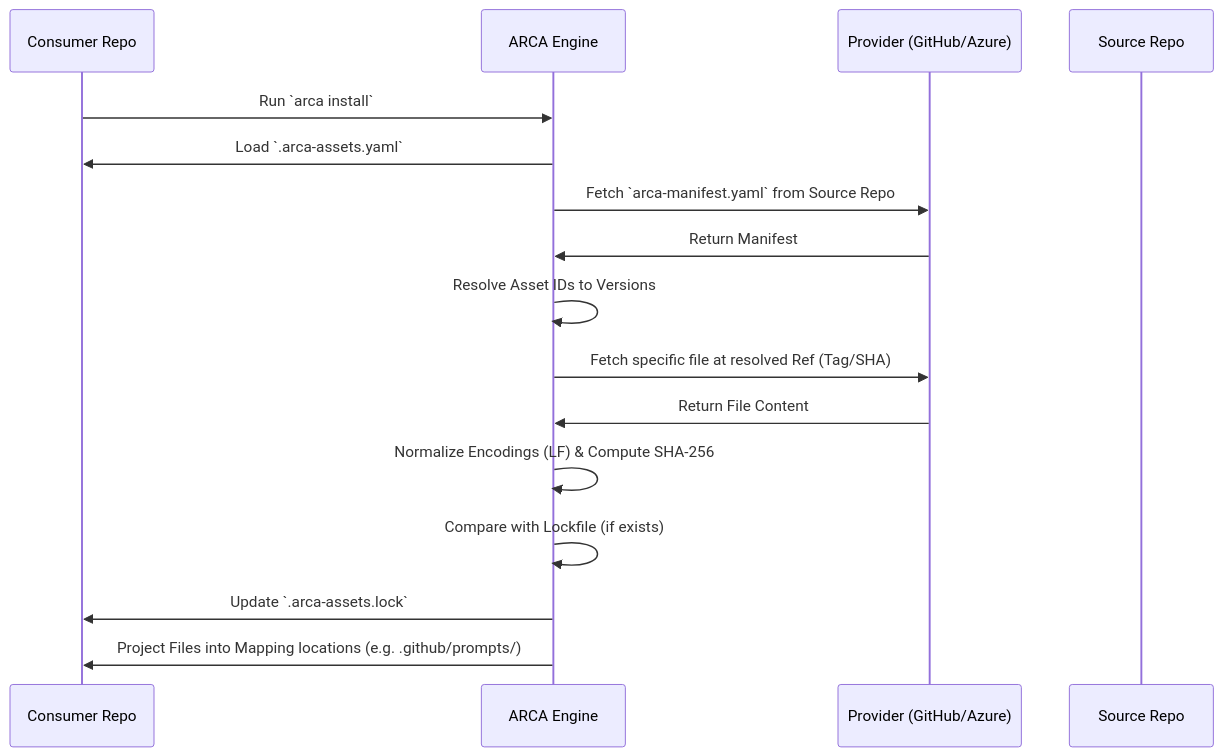
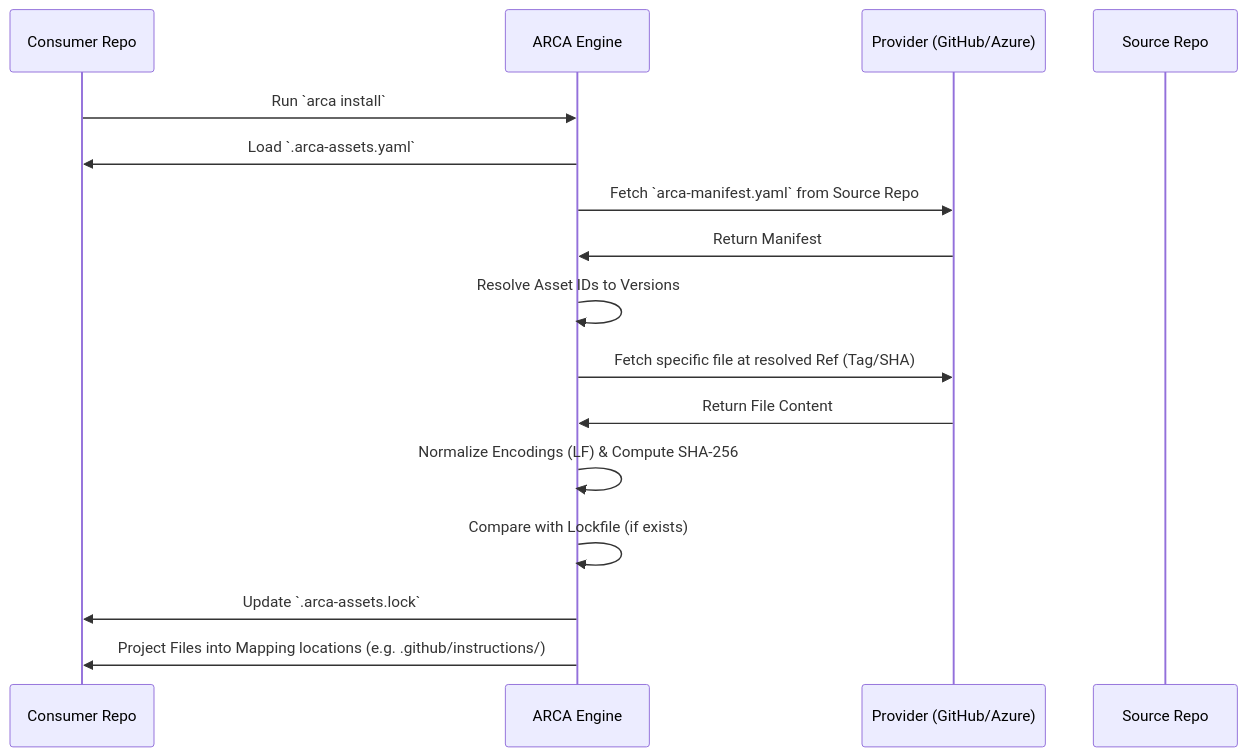
One commit to adryledo/arca-vscode changed the diagram in protocol_v1.md. Above: the diagram before and after it, drawn with Mermaid. The commit also changed other lines of this file and 6 other files, not shown here.

````diff
--- a/protocol_v1.md
+++ b/protocol_v1.md
@@ -83,19 +83,19 @@
 ```mermaid
 sequenceDiagram
     participant C as Consumer Repo
     participant E as ARCA Engine
     participant P as Provider (GitHub/Azure)
     participant S as Source Repo
 
     C->>E: Run `arca install`
     E->>C: Load `.arca-assets.yaml`
     E->>P: Fetch `arca-manifest.yaml` from Source Repo
     P->>E: Return Manifest
     E->>E: Resolve Asset IDs to Versions
     E->>P: Fetch specific file at resolved Ref (Tag/SHA)
     P->>E: Return File Content
     E->>E: Normalize Encodings (LF) & Compute SHA-256
     E->>E: Compare with Lockfile (if exists)
     E->>C: Update `.arca-assets.lock`
-    E->>C: Project Files into Mapping locations (e.g. .github/prompts/)
+    E->>C: Project Files into Mapping locations (e.g. .github/instructions/)
 ```
````
